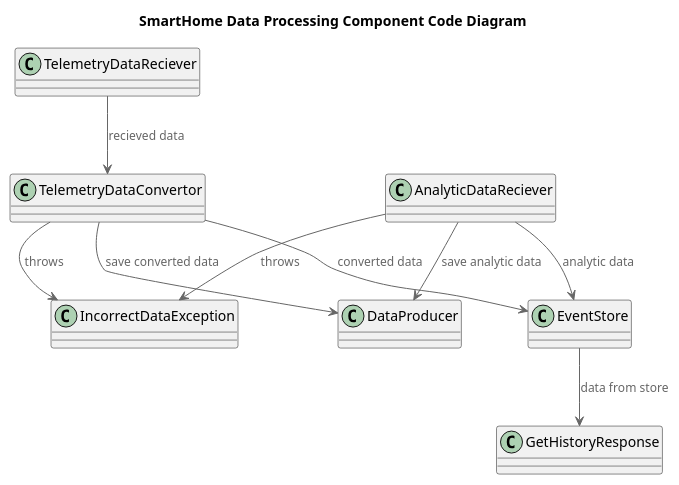
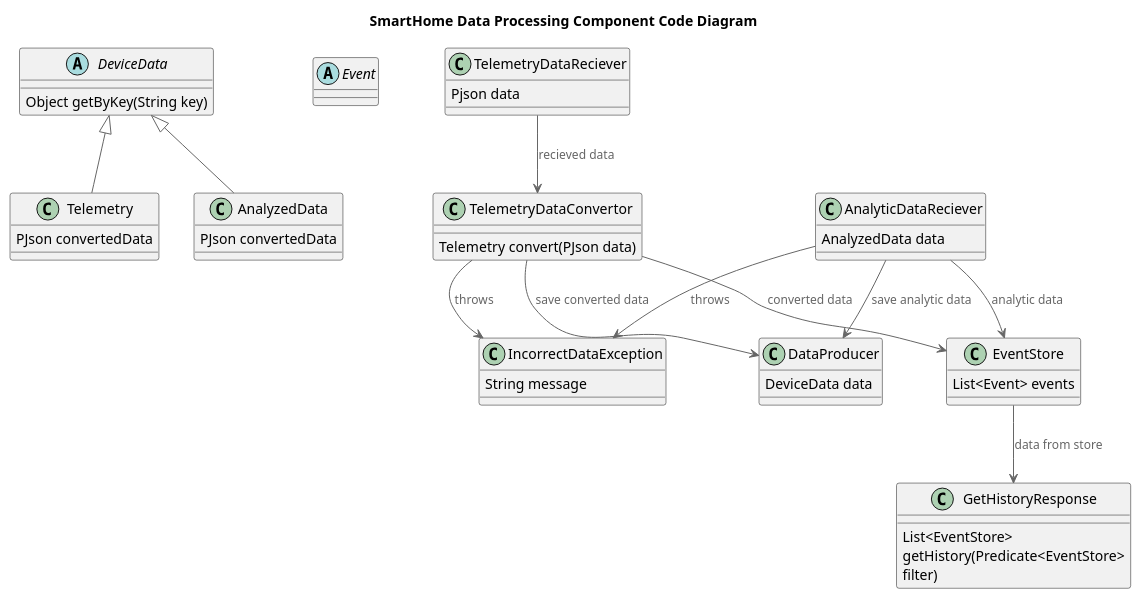
The diagram in smarthome/Code.puml (DmitrySavvin/sprint_3), drawn with PlantUML before and after one commit.

```diff
--- a/smarthome/Code.puml
+++ b/smarthome/Code.puml
@@ -1,50 +1,70 @@
 @startuml
 title SmartHome Data Processing Component Code Diagram
 
 top to bottom direction
 
 !includeurl https://raw.githubusercontent.com/RicardoNiepel/C4-PlantUML/master/C4_Component.puml
 
+class Telemetry extends DeviceData {
+    PJson convertedData    
+}
 
-class TelemetryDataReciever {
+class AnalyzedData extends DeviceData {
+    PJson convertedData    
+}
+
+abstract class DeviceData {
+    Object getByKey(String key)
+}
+
+abstract class Event {
 
 }
 
+class TelemetryDataReciever {
+    Pjson data
+}
+
 class TelemetryDataConvertor {
-
+    Telemetry convert(PJson data)
 }
 
 class AnalyticDataReciever {
-
+    AnalyzedData data
 }
 
 
 class IncorrectDataException {
-
+    String message
 }
 
 
 class EventStore {
-
+    List<Event> events
 }
 
 
 class DataProducer {
+    DeviceData data
+}
 
+class GetHistoryResponse {
+   List<EventStore> getHistory(Predicate<EventStore> filter)
 }
+
 
 
 TelemetryDataReciever  -->  TelemetryDataConvertor : recieved data
 TelemetryDataConvertor  -->  IncorrectDataException : throws
 TelemetryDataConvertor  -->  EventStore : converted data
 TelemetryDataConvertor  -->  DataProducer : save converted data
 
 AnalyticDataReciever  -->  EventStore : analytic data
 AnalyticDataReciever  -->  IncorrectDataException : throws
 AnalyticDataReciever  -->  DataProducer : save analytic data
 
 
 EventStore  -->  GetHistoryResponse : data from store
 
 
 @enduml
```
